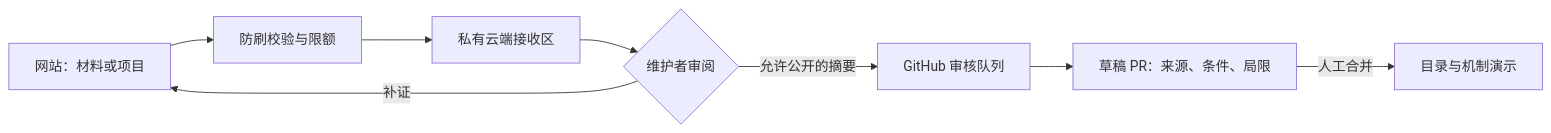
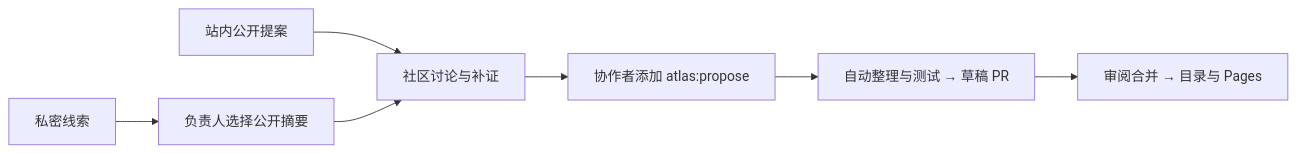
The diagram in README.md (utopiazzr/safety-atlas), drawn with Mermaid before and after one commit. The commit also changed other lines of this file and 24 other files, not shown here.

Commit message:
Enable opt-in public proposals and shared GitHub curation

````diff
--- a/README.md
+++ b/README.md
@@ -39,10 +39,9 @@
 ```mermaid
 flowchart LR
-    A[网站：材料或项目] --> B[防刷校验与限额]
-    B --> C[私有云端接收区]
-    C --> D{维护者审阅}
-    D -->|补证| A
-    D -->|允许公开的摘要| E[GitHub 审核队列]
-    E --> F[草稿 PR：来源、条件、局限]
-    F -->|人工合并| G[目录与机制演示]
+    A[站内公开提案] --> B[社区讨论与补证]
+    P[私密线索] --> Q[负责人选择公开摘要]
+    Q --> B
+    B --> C[协作者添加 atlas:propose]
+    C --> D[自动整理与测试 → 草稿 PR]
+    D --> E[审阅合并 → 目录与 Pages]
 ```
````
